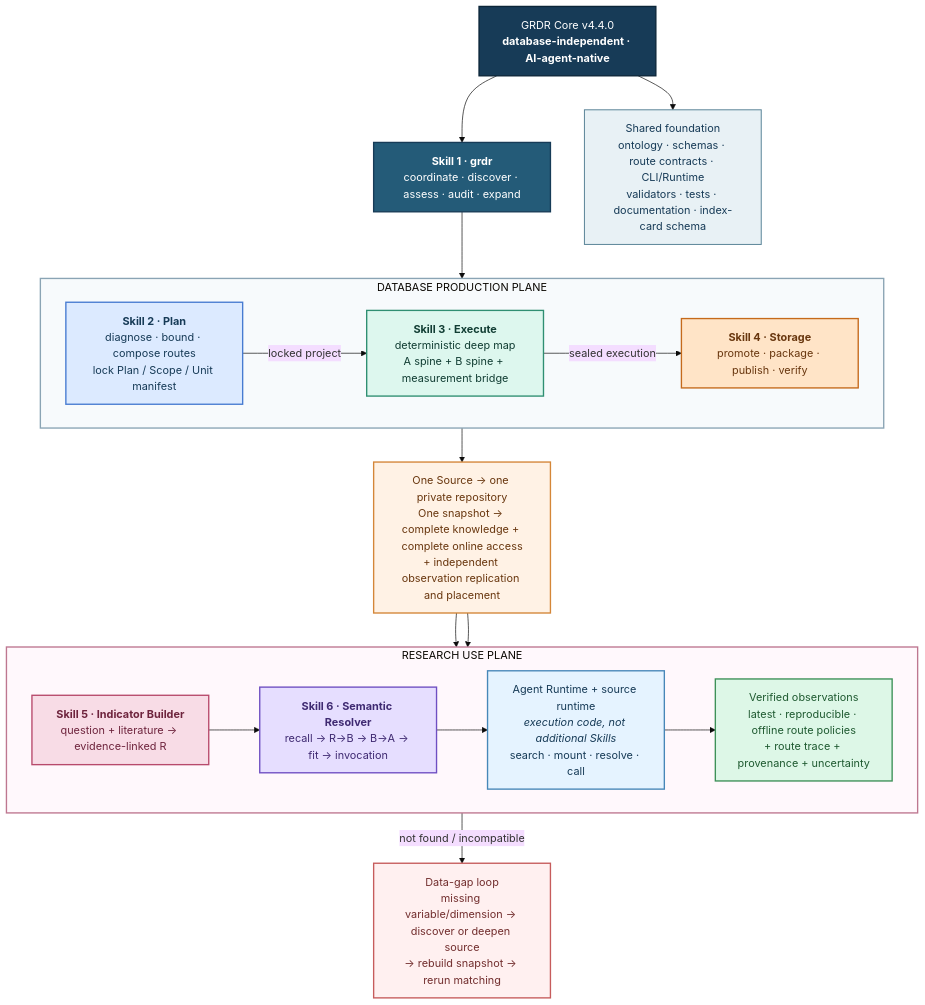
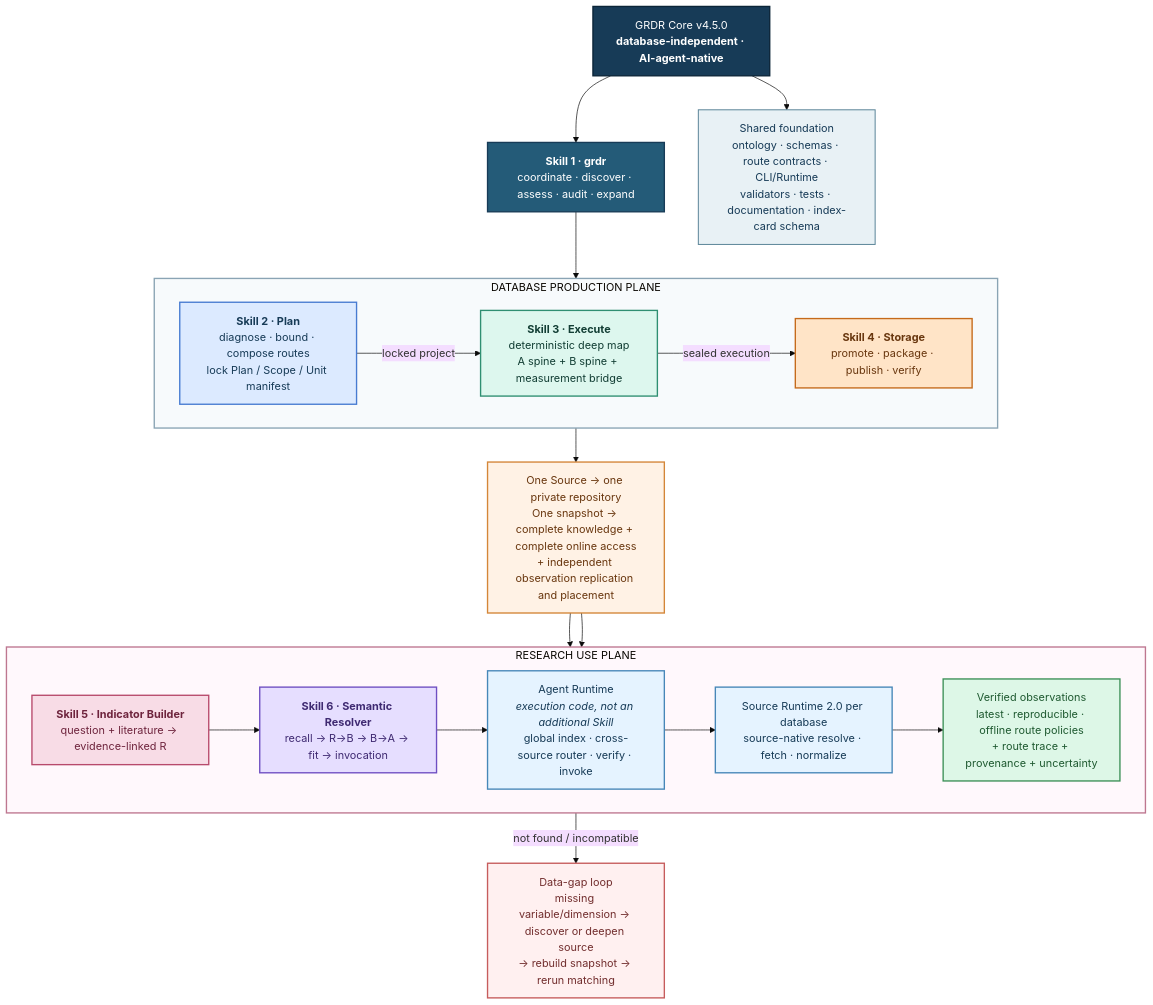
The first of 5 diagrams in README.md (yangyuezh/grdr-core-version-archive), drawn with Mermaid (base theme) before and after one commit. The commit also changed other lines of this file and 19 other files, not shown here.

Commit message:
release: add global index and routing runtime v4.5.0

````diff
--- a/README.md
+++ b/README.md
@@ -27,50 +27,51 @@
 ```mermaid
 flowchart TB
-    CORE["GRDR Core v4.4.0<br/><b>database-independent · AI-agent-native</b>"]:::core
+    CORE["GRDR Core v4.5.0<br/><b>database-independent · AI-agent-native</b>"]:::core
     COORD["<b>Skill 1 · grdr</b><br/>coordinate · discover · assess · audit · expand"]:::coreSkill
     SHARED["Shared foundation<br/>ontology · schemas · route contracts · CLI/Runtime<br/>validators · tests · documentation · index-card schema"]:::shared
 
     subgraph PROD["DATABASE PRODUCTION PLANE"]
         direction LR
         PLAN_OV["<b>Skill 2 · Plan</b><br/>diagnose · bound · compose routes<br/>lock Plan / Scope / Unit manifest"]:::plan
         EXEC_OV["<b>Skill 3 · Execute</b><br/>deterministic deep map<br/>A spine + B spine + measurement bridge"]:::execute
         STORE_OV["<b>Skill 4 · Storage</b><br/>promote · package · publish · verify"]:::storage
         PLAN_OV -->|"locked project"| EXEC_OV -->|"sealed execution"| STORE_OV
     end
 
     SNAP["One Source → one private repository<br/>One snapshot → complete knowledge + complete online access<br/>+ independent observation replication and placement"]:::artifact
 
     subgraph USE["RESEARCH USE PLANE"]
         direction LR
         BUILD_OV["<b>Skill 5 · Indicator Builder</b><br/>question + literature → evidence-linked R"]:::research
         SEM_OV["<b>Skill 6 · Semantic Resolver</b><br/>recall → R→B → B→A → fit → invocation"]:::semantic
-        RUN_OV["Agent Runtime + source runtime<br/><i>execution code, not additional Skills</i><br/>search · mount · resolve · call"]:::runtime
+        RUN_OV["Agent Runtime<br/><i>execution code, not an additional Skill</i><br/>global index · cross-source router · verify · invoke"]:::runtime
+        SOURCE_RUN_OV["Source Runtime 2.0 per database<br/>source-native resolve · fetch · normalize"]:::runtime
         OUT_OV["Verified observations<br/>latest · reproducible · offline route policies<br/>+ route trace + provenance + uncertainty"]:::result
-        BUILD_OV --> SEM_OV --> RUN_OV --> OUT_OV
+        BUILD_OV --> SEM_OV --> RUN_OV --> SOURCE_RUN_OV --> OUT_OV
     end
 
     GAP_OV["Data-gap loop<br/>missing variable/dimension → discover or deepen source<br/>→ rebuild snapshot → rerun matching"]:::gap
 
     CORE --> COORD
     CORE --> SHARED
     COORD --> PLAN_OV
     STORE_OV --> SNAP
     SNAP --> SEM_OV
     SNAP --> RUN_OV
     SEM_OV -->|"not found / incompatible"| GAP_OV
 
     classDef core fill:#173B57,stroke:#0B2538,color:#FFFFFF,stroke-width:2px;
     classDef coreSkill fill:#245B78,stroke:#173B57,color:#FFFFFF,stroke-width:2px;
     classDef shared fill:#E8F1F5,stroke:#5E879A,color:#173B57,stroke-width:1.5px;
     classDef plan fill:#DCEAFF,stroke:#477BD1,color:#173B57,stroke-width:2px;
     classDef execute fill:#DDF7EE,stroke:#2F8F72,color:#123E34,stroke-width:2px;
     classDef storage fill:#FFE4C7,stroke:#C56A1B,color:#69370F,stroke-width:2px;
     classDef artifact fill:#FFF2E5,stroke:#D48638,color:#69370F,stroke-width:2px;
     classDef research fill:#F8DCE6,stroke:#B84A6C,color:#6E243D,stroke-width:2px;
     classDef semantic fill:#E6DEFF,stroke:#6F4FC2,color:#3F2A72,stroke-width:2px;
     classDef runtime fill:#E5F3FF,stroke:#4787B8,color:#173B57,stroke-width:2px;
     classDef result fill:#DDF7E7,stroke:#3D9158,color:#1F5A31,stroke-width:2px;
     classDef gap fill:#FFF0F0,stroke:#C65C5C,color:#722E2E,stroke-width:2px;
     style PROD fill:#F7FAFC,stroke:#8AA4B4,stroke-width:2px
     style USE fill:#FFF8FC,stroke:#BE7790,stroke-width:2px
 ```
````
